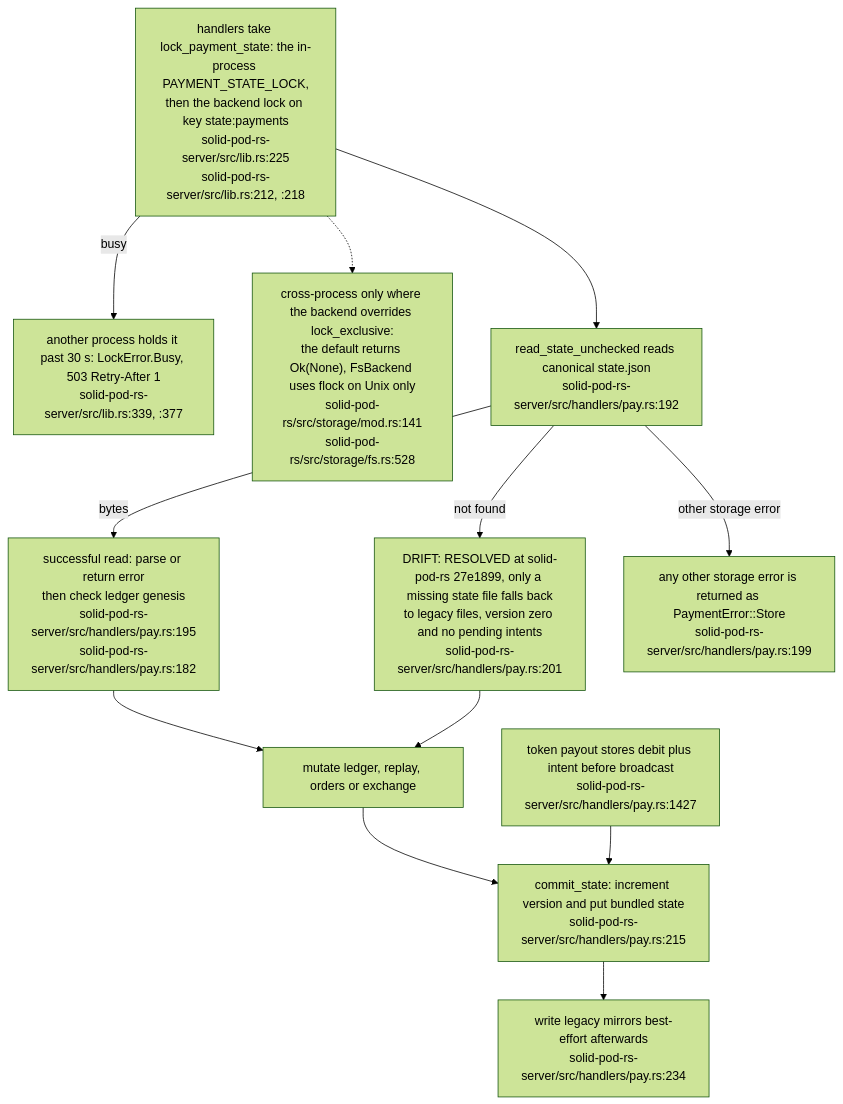
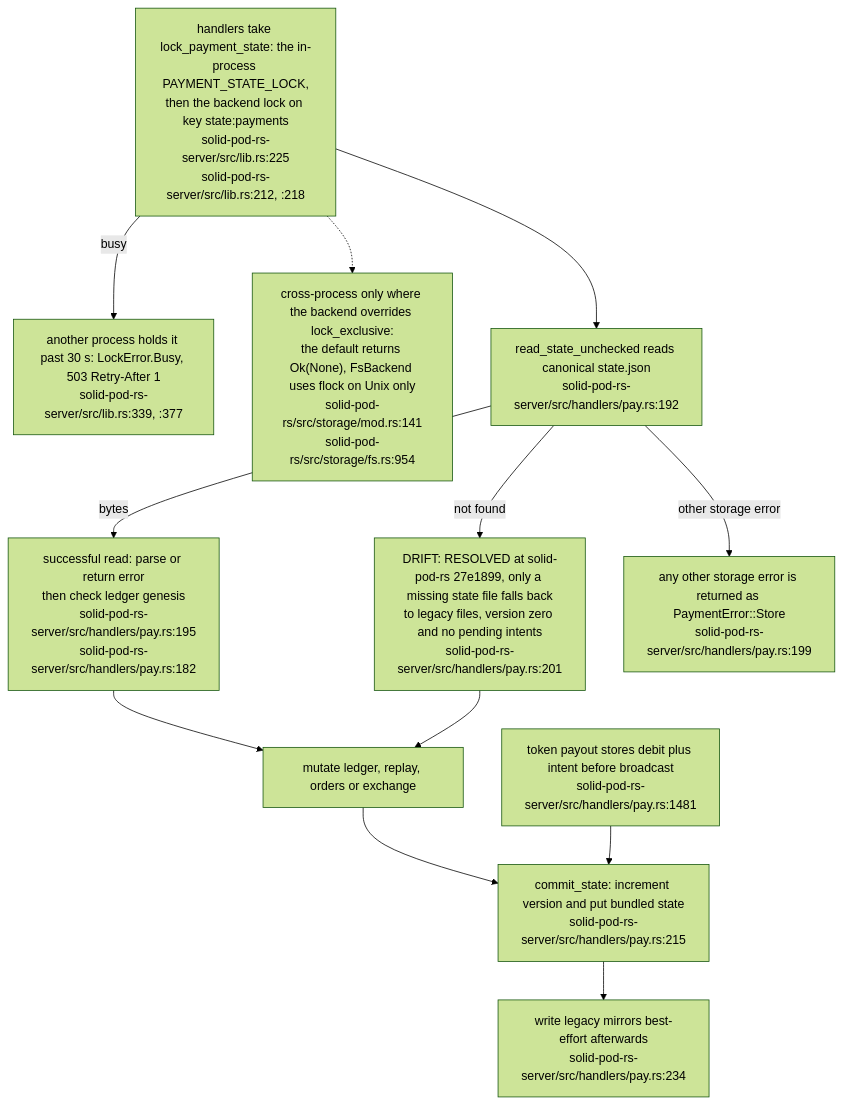
One commit to DreamLab-AI/VisionFlow changed diagram 14 of 21 in docs/diagrams/solid-pod-rs/07-provenance-and-payments.md. Above: the diagram before and after it, drawn with Mermaid (forest theme). The commit also changed other lines of this file and 18 other files, not shown here.

First line of the commit message:
docs(diagrams): freeze panels for fixed defects and add successors at the fix revisions

````diff
--- a/docs/diagrams/solid-pod-rs/07-provenance-and-payments.md
+++ b/docs/diagrams/solid-pod-rs/07-provenance-and-payments.md
@@ -409,22 +411,22 @@
 ```mermaid
 flowchart TD
     LOCK["handlers take lock_payment_state: the in-process PAYMENT_STATE_LOCK,<br/>then the backend lock on key state:payments<br/>solid-pod-rs-server/src/lib.rs:225<br/>solid-pod-rs-server/src/lib.rs:212, :218"]
     BUSY["another process holds it past 30 s: LockError.Busy, 503 Retry-After 1<br/>solid-pod-rs-server/src/lib.rs:339, :377"]
-    XPROC["cross-process only where the backend overrides lock_exclusive:<br/>the default returns Ok(None), FsBackend uses flock on Unix only<br/>solid-pod-rs/src/storage/mod.rs:141<br/>solid-pod-rs/src/storage/fs.rs:528"]
+    XPROC["cross-process only where the backend overrides lock_exclusive:<br/>the default returns Ok(None), FsBackend uses flock on Unix only<br/>solid-pod-rs/src/storage/mod.rs:141<br/>solid-pod-rs/src/storage/fs.rs:954"]
     READ["read_state_unchecked reads canonical state.json<br/>solid-pod-rs-server/src/handlers/pay.rs:192"]
     PARSE["successful read: parse or return error<br/>then check ledger genesis<br/>solid-pod-rs-server/src/handlers/pay.rs:195<br/>solid-pod-rs-server/src/handlers/pay.rs:182"]
     FALL["DRIFT: RESOLVED at solid-pod-rs 27e1899, only a missing state file falls back<br/>to legacy files, version zero and no pending intents<br/>solid-pod-rs-server/src/handlers/pay.rs:201"]
     ERR["any other storage error is returned as PaymentError::Store<br/>solid-pod-rs-server/src/handlers/pay.rs:199"]
     MUTATE["mutate ledger, replay, orders or exchange"]
     SAVE["commit_state: increment version and put bundled state<br/>solid-pod-rs-server/src/handlers/pay.rs:215"]
     MIRROR["write legacy mirrors best-effort afterwards<br/>solid-pod-rs-server/src/handlers/pay.rs:234"]
-    INTENT["token payout stores debit plus intent before broadcast<br/>solid-pod-rs-server/src/handlers/pay.rs:1427"]
+    INTENT["token payout stores debit plus intent before broadcast<br/>solid-pod-rs-server/src/handlers/pay.rs:1481"]
     LOCK --> READ
     LOCK -- busy --> BUSY
     LOCK -.-> XPROC
     READ -- bytes --> PARSE --> MUTATE
     READ -- not found --> FALL --> MUTATE
     READ -- other storage error --> ERR
     MUTATE --> SAVE --> MIRROR
     INTENT --> SAVE
 ```
````
